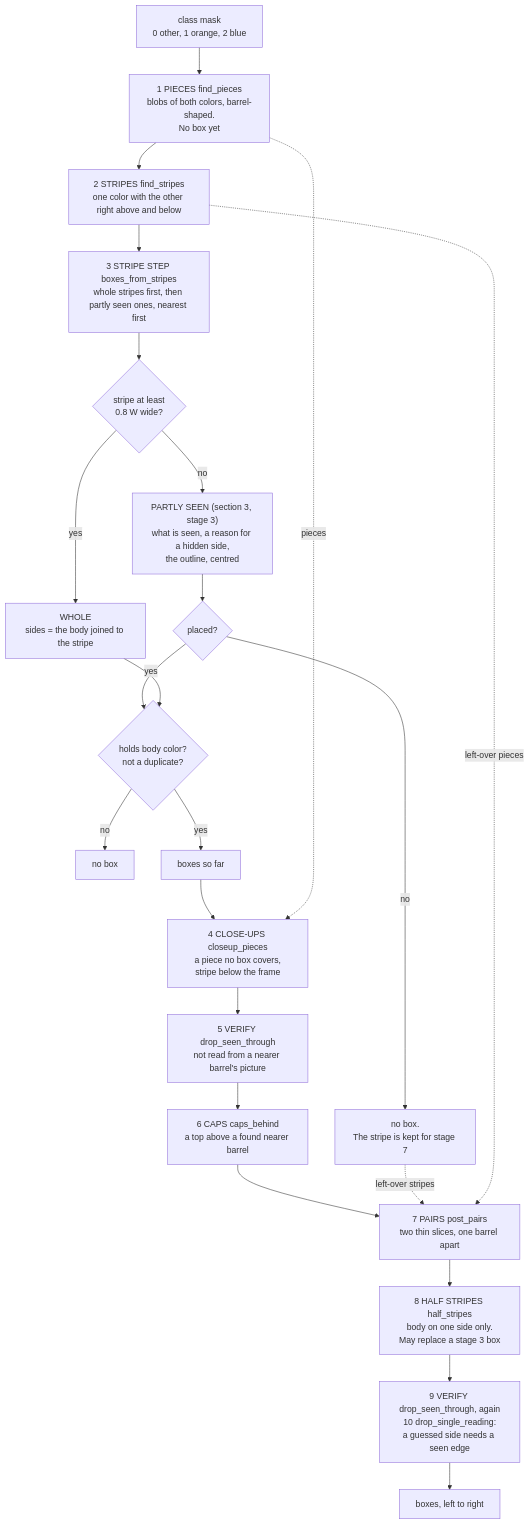
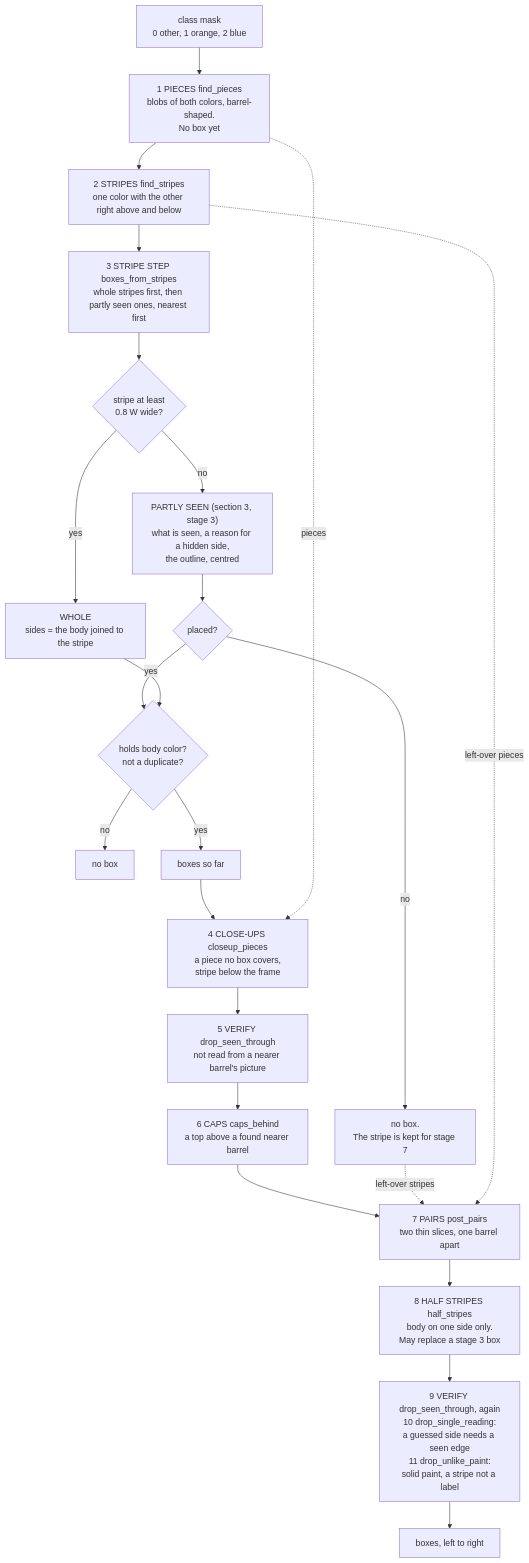
Before and after one commit to Tanush-A/vex-aim-tools-barrels: the first of 2 diagrams in barrels/docs/DETECTOR-MAP.md, drawn with Mermaid. The commit also changed other lines of this file and 20 other files, not shown here.

First line of the commit message:
detector: the paint checks as plain code (stage 11, drop_unlike_paint; solid 0.40, label 1.5 / 0.6). AWAITING TANUSH'S UNDERSTOOD

````diff
--- a/barrels/docs/DETECTOR-MAP.md
+++ b/barrels/docs/DETECTOR-MAP.md
@@ -38,25 +41,25 @@
 ```mermaid
 flowchart TD
     M["class mask<br/>0 other, 1 orange, 2 blue"] --> S1
     S1["1 PIECES find_pieces<br/>blobs of both colors, barrel-shaped.<br/>No box yet"] --> S2
     S2["2 STRIPES find_stripes<br/>one color with the other right above and below"] --> S3
     S3["3 STRIPE STEP boxes_from_stripes<br/>whole stripes first, then partly seen ones, nearest first"] --> Q1{"stripe at least<br/>0.8 W wide?"}
     Q1 -- yes --> WH["WHOLE<br/>sides = the body joined to the stripe"]
     Q1 -- no --> PS["PARTLY SEEN (section 3, stage 3)<br/>what is seen, a reason for a hidden side,<br/>the outline, centred"]
     PS --> Q2{"placed?"}
     Q2 -- no --> ASIDE["no box.<br/>The stripe is kept for stage 7"]
     Q2 -- yes --> Q3
     WH --> Q3{"holds body color?<br/>not a duplicate?"}
     Q3 -- no --> NOBOX["no box"]
     Q3 -- yes --> B3["boxes so far"]
     B3 --> S4["4 CLOSE-UPS closeup_pieces<br/>a piece no box covers,<br/>stripe below the frame"]
     S1 -. "pieces" .-> S4
     S4 --> V1["5 VERIFY drop_seen_through<br/>not read from a nearer barrel's picture"]
     V1 --> S6["6 CAPS caps_behind<br/>a top above a found nearer barrel"]
     S6 --> S7["7 PAIRS post_pairs<br/>two thin slices, one barrel apart"]
     ASIDE -. "left-over stripes" .-> S7
     S2 -. "left-over pieces" .-> S7
     S7 --> S8["8 HALF STRIPES half_stripes<br/>body on one side only.<br/>May replace a stage 3 box"]
-    S8 --> V2["9 VERIFY drop_seen_through, again<br/>10 drop_single_reading:<br/>a guessed side needs a seen edge"]
+    S8 --> V2["9 VERIFY drop_seen_through, again<br/>10 drop_single_reading:<br/>a guessed side needs a seen edge<br/>11 drop_unlike_paint:<br/>solid paint, a stripe not a label"]
     V2 --> OUT["boxes, left to right"]
 ```
````
